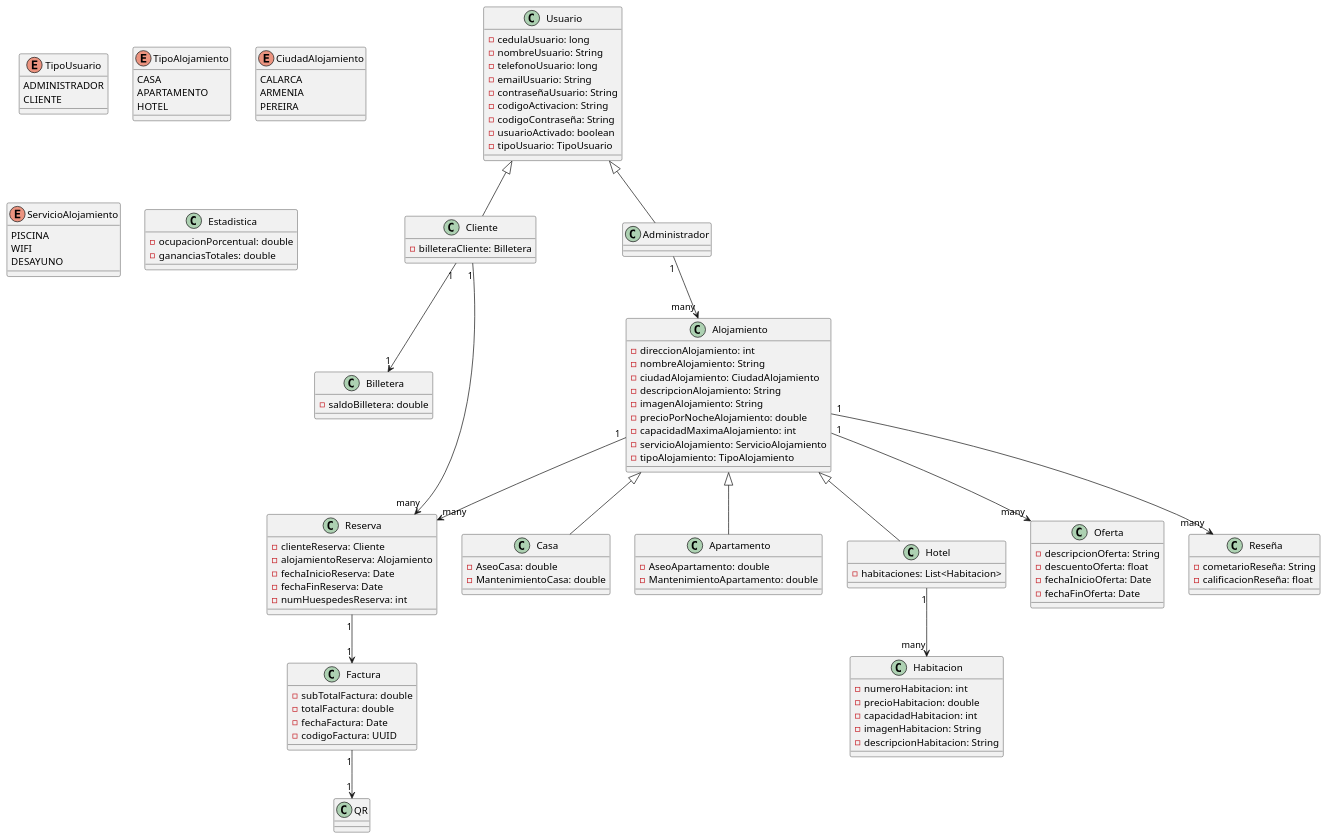
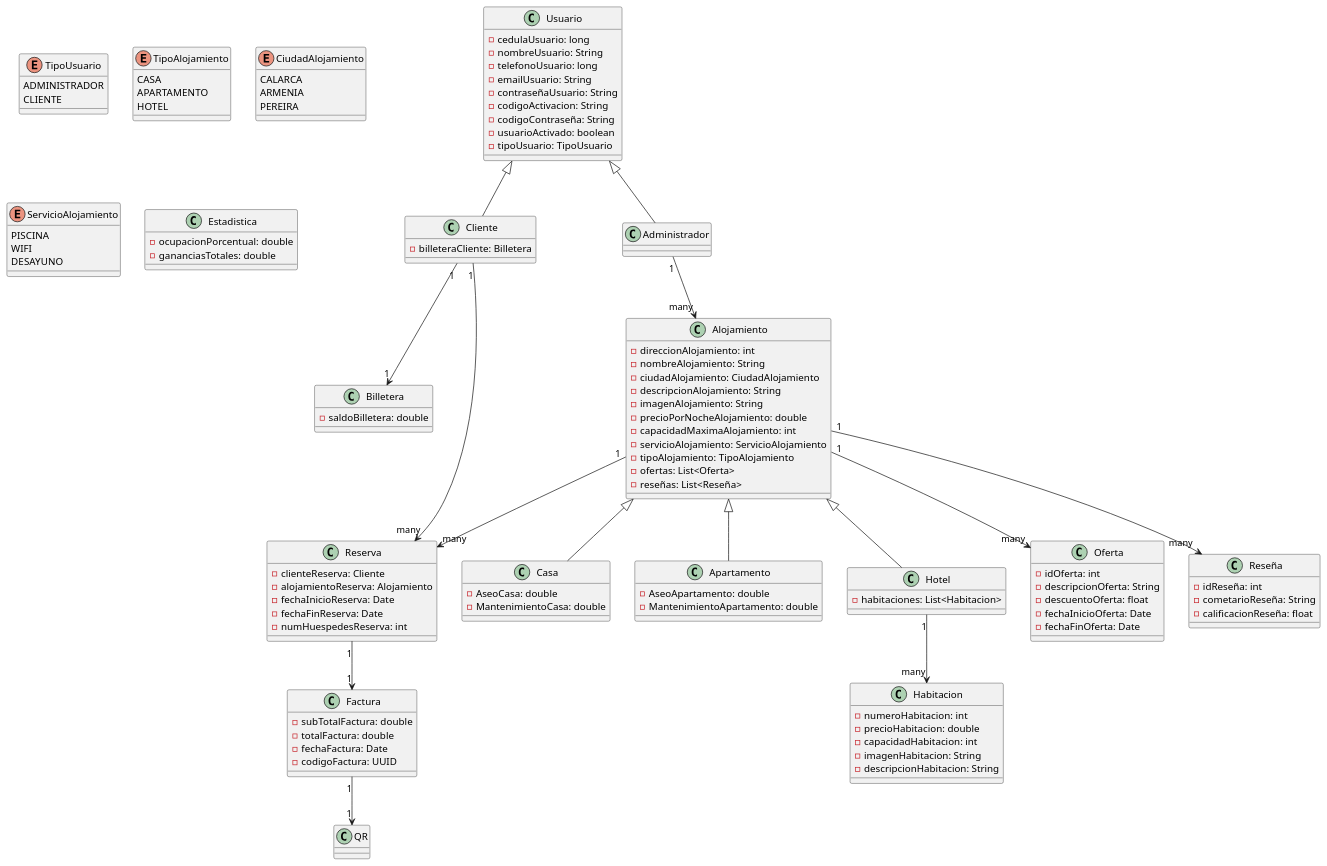
One commit to RedRos41/Programacion_2 changed the diagram in src/main/resources/img/DiagramaDeClases.puml. Above: the diagram before and after it, drawn with PlantUML. The commit also changed 5 other files, not shown here.

```diff
--- a/src/main/resources/img/DiagramaDeClases.puml
+++ b/src/main/resources/img/DiagramaDeClases.puml
@@ -1,129 +1,133 @@
 @startuml
 'https://plantuml.com/sequence-diagram
 
 class Usuario {
     - cedulaUsuario: long
     - nombreUsuario: String
     - telefonoUsuario: long
     - emailUsuario: String
     - contraseñaUsuario: String
     - codigoActivacion: String
     - codigoContraseña: String
     - usuarioActivado: boolean
     - tipoUsuario: TipoUsuario
 }
 
 enum TipoUsuario {
     ADMINISTRADOR
     CLIENTE
 }
 
 class Cliente extends Usuario {
     - billeteraCliente: Billetera
 }
 
 class Administrador extends Usuario {
 }
 
 class Alojamiento {
     - direccionAlojamiento: int
     - nombreAlojamiento: String
     - ciudadAlojamiento: CiudadAlojamiento
     - descripcionAlojamiento: String
     - imagenAlojamiento: String
     - precioPorNocheAlojamiento: double
     - capacidadMaximaAlojamiento: int
     - servicioAlojamiento: ServicioAlojamiento
     - tipoAlojamiento: TipoAlojamiento
+    - ofertas: List<Oferta>
+    - reseñas: List<Reseña>
 }
 
 enum TipoAlojamiento {
     CASA
     APARTAMENTO
     HOTEL
 }
 
 enum CiudadAlojamiento {
     CALARCA
     ARMENIA
     PEREIRA
 }
 
 enum ServicioAlojamiento {
     PISCINA
     WIFI
     DESAYUNO
 }
 
 class Casa extends Alojamiento {
     - AseoCasa: double
     - MantenimientoCasa: double
 }
 
 class Apartamento extends Alojamiento {
     - AseoApartamento: double
     - MantenimientoApartamento: double
 }
 
 class Hotel extends Alojamiento {
     - habitaciones: List<Habitacion>
 }
 
 class Habitacion {
     - numeroHabitacion: int
     - precioHabitacion: double
     - capacidadHabitacion: int
     - imagenHabitacion: String
     - descripcionHabitacion: String
 }
 
 class Billetera {
     - saldoBilletera: double
 }
 
 class Reserva {
     - clienteReserva: Cliente
     - alojamientoReserva: Alojamiento
     - fechaInicioReserva: Date
     - fechaFinReserva: Date
     - numHuespedesReserva: int
 }
 
 class Factura {
     - subTotalFactura: double
     - totalFactura: double
     - fechaFactura: Date
     - codigoFactura: UUID
 }
 
 class Oferta {
+    - idOferta: int
     - descripcionOferta: String
     - descuentoOferta: float
     - fechaInicioOferta: Date
     - fechaFinOferta: Date
 }
 
 class Estadistica {
     - ocupacionPorcentual: double
     - gananciasTotales: double
 }
 
 class Reseña {
+    - idReseña: int
     - cometarioReseña: String
     - calificacionReseña: float
 }
 
 class QR {
 }
 
 Cliente "1" --> "1" Billetera
 Administrador "1" --> "many" Alojamiento
 Cliente "1" --> "many" Reserva
 Alojamiento "1" --> "many" Oferta
 Alojamiento "1" --> "many" Reseña
 Alojamiento "1" --> "many" Reserva
 Reserva "1" --> "1" Factura
 Factura "1" --> "1" QR
 Hotel "1" --> "many" Habitacion
 
 @enduml
```
